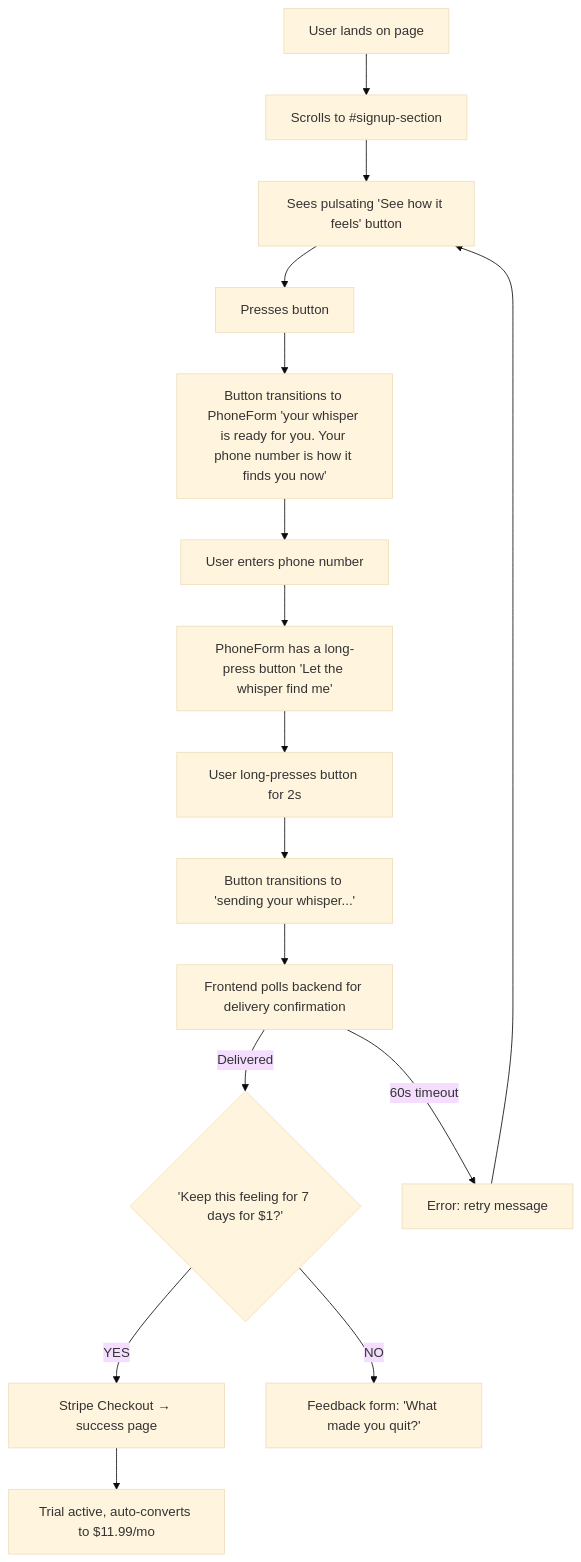
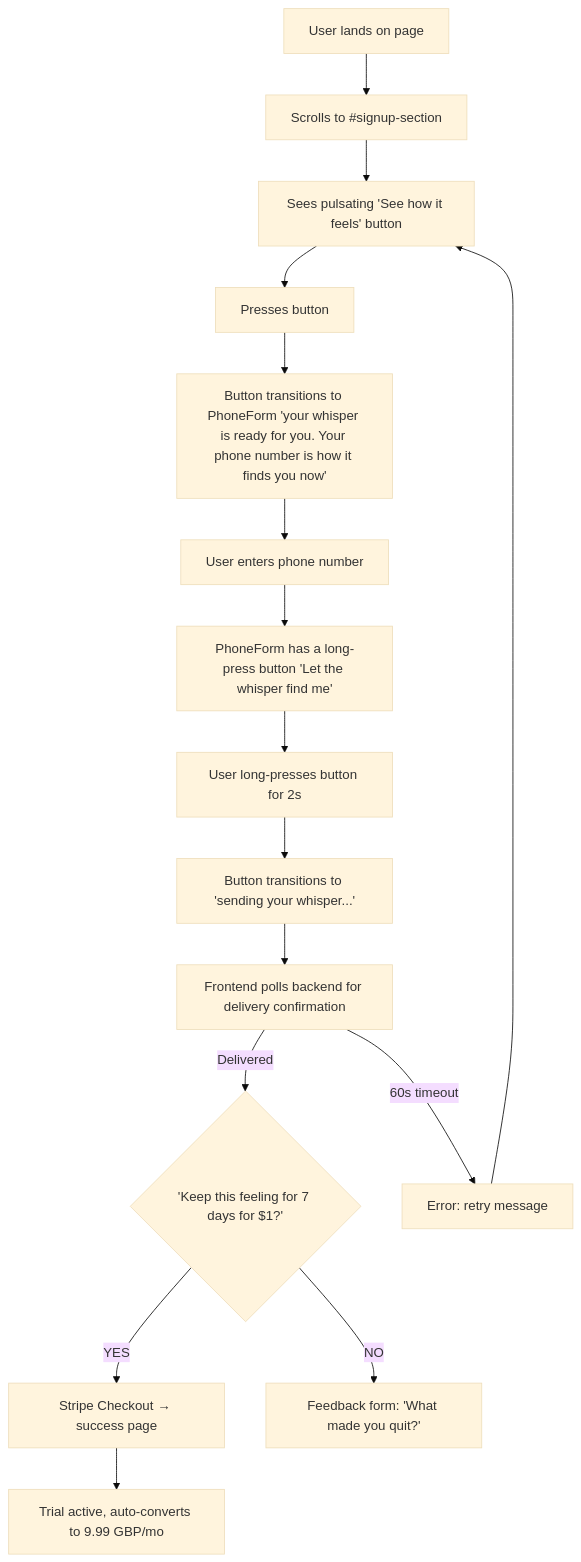
Before and after one commit to kamilkulik/whisper: the first of 2 diagrams in NEW-SIGNUP.md, drawn with Mermaid (base theme). The commit also changed other lines of this file and 3 other files, not shown here.

````diff
--- a/NEW-SIGNUP.md
+++ b/NEW-SIGNUP.md
@@ -62,18 +62,18 @@
 ```mermaid
 flowchart TD
     A["User lands on page"] --> B["Scrolls to #signup-section"]
     B --> C["Sees pulsating 'See how it feels' button"]
     C --> D["Presses button"]
     D --> E["Button transitions to PhoneForm 'your whisper is ready for you. Your phone number is how it finds you now'"]
     E --> F["User enters phone number"]
     F --> G["PhoneForm has a long-press button 'Let the whisper find me'"]
     G --> H["User long-presses button for 2s"]
     H --> I["Button transitions to 'sending your whisper...'"]
     I --> J["Frontend polls backend for delivery confirmation"]
     J -->|"Delivered"| N{"'Keep this feeling for 7 days for $1?'"}
     J -->|"60s timeout"| K["Error: retry message"]
     K --> C
     N -->|"YES"| O["Stripe Checkout → success page"]
     N -->|"NO"| Q["Feedback form: 'What made you quit?'"]
-    O --> P["Trial active, auto-converts to $11.99/mo"]
+    O --> P["Trial active, auto-converts to 9.99 GBP/mo"]
 ```
````
